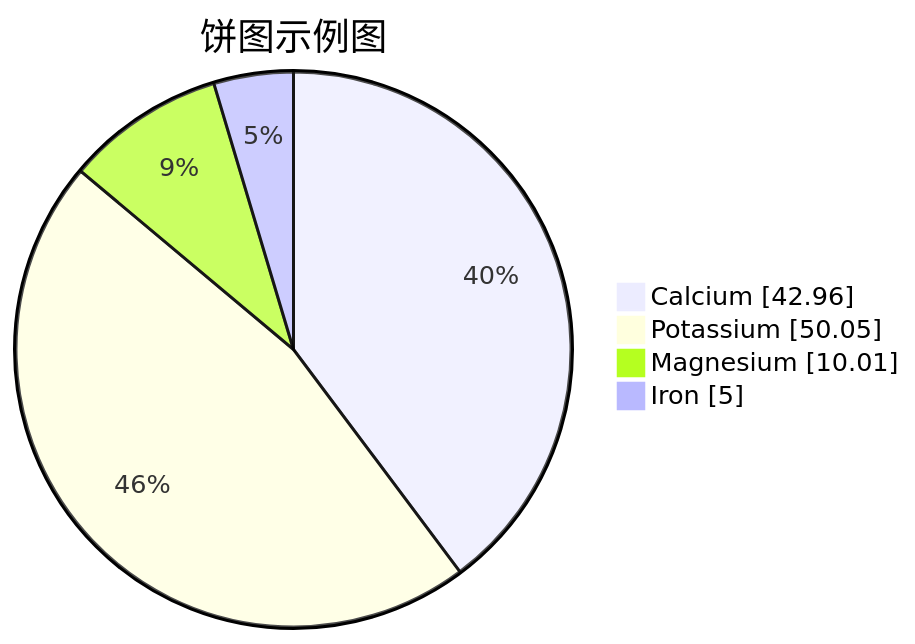
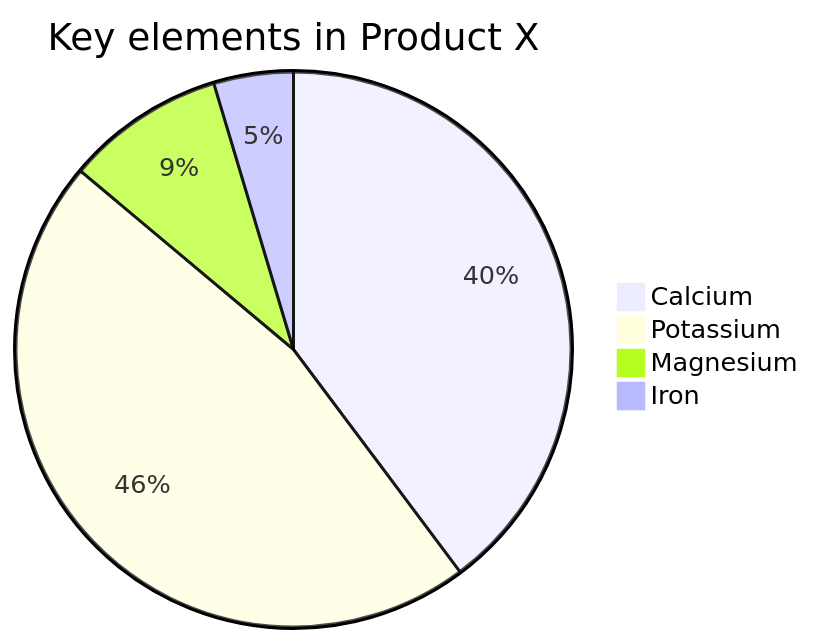
Before and after one commit to you2love/you2love.github.io: diagram 15 of 21 in src/mermaid.md, drawn with Mermaid. The commit also changed other lines of this file and 428 other files, not shown here.

````diff
--- a/src/mermaid.md
+++ b/src/mermaid.md
@@ -36,8 +223,9 @@
-```mermaid
-pie showData
-    title 饼图示例图
+```mmd
+pie
+    title Key elements in Product X
     "Calcium" : 42.96
     "Potassium" : 50.05
     "Magnesium" : 10.01
     "Iron" :  5
+
 ```
````
